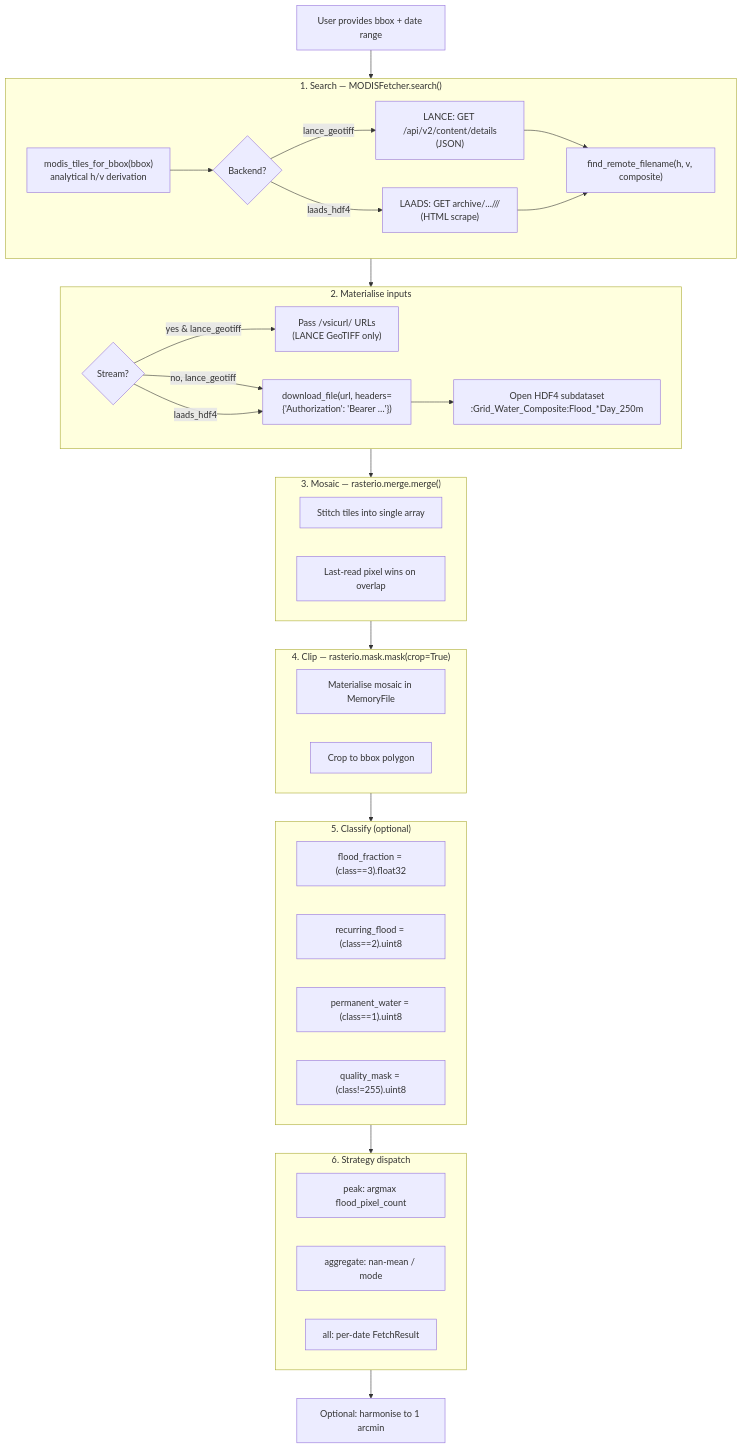
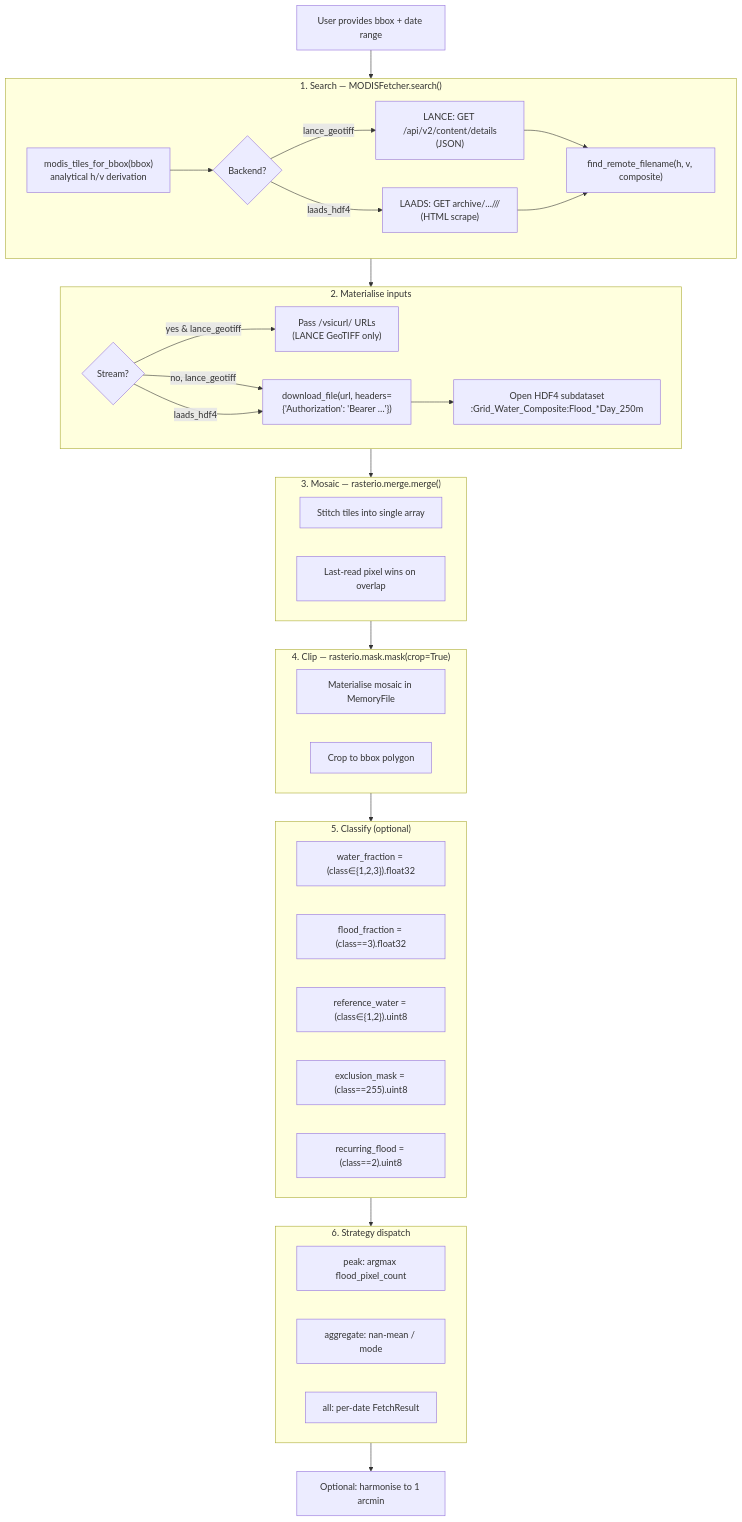
Before and after one commit to opageo/atlantis: the diagram in docs/modis/internals.md, drawn with Mermaid. The commit also changed other lines of this file and 20 other files, not shown here.

First line of the commit message:
docs: update all documentation for layer rename, water_fraction, and GFM bands

````diff
--- a/docs/modis/internals.md
+++ b/docs/modis/internals.md
@@ -49,48 +49,49 @@
 ```mermaid
 flowchart TD
     A["User provides bbox + date range"] --> B
     subgraph B["1. Search — MODISFetcher.search()"]
         B1["modis_tiles_for_bbox(bbox)<br/>analytical h/v derivation"]
         B2{"Backend?"}
         B3["LANCE: GET /api/v2/content/details<br/>(JSON)"]
         B4["LAADS: GET archive/.../<YYYY>/<DDD>/<br/>(HTML scrape)"]
         B5["find_remote_filename(h, v, composite)"]
         B1 --> B2
         B2 -->|lance_geotiff| B3 --> B5
         B2 -->|laads_hdf4| B4 --> B5
     end
     B --> C
     subgraph C["2. Materialise inputs"]
         C1{"Stream?"}
         C2["Pass /vsicurl/ URLs<br/>(LANCE GeoTIFF only)"]
         C3["download_file(url, headers={'Authorization': 'Bearer …'})"]
         C4["Open HDF4 subdataset<br/>:Grid_Water_Composite:Flood_*Day_250m"]
         C1 -->|yes & lance_geotiff| C2
         C1 -->|no, lance_geotiff| C3
         C1 -->|laads_hdf4| C3 --> C4
     end
     C --> D
     subgraph D["3. Mosaic — rasterio.merge.merge()"]
         D1["Stitch tiles into single array"]
         D2["Last-read pixel wins on overlap"]
     end
     D --> E
     subgraph E["4. Clip — rasterio.mask.mask(crop=True)"]
         E1["Materialise mosaic in MemoryFile"]
         E2["Crop to bbox polygon"]
     end
     E --> F
     subgraph F["5. Classify (optional)"]
-        F1["flood_fraction = (class==3).float32"]
-        F2["recurring_flood = (class==2).uint8"]
-        F3["permanent_water = (class==1).uint8"]
-        F4["quality_mask = (class!=255).uint8"]
+        F1["water_fraction = (class∈{1,2,3}).float32"]
+        F2["flood_fraction = (class==3).float32"]
+        F3["reference_water = (class∈{1,2}).uint8"]
+        F4["exclusion_mask = (class==255).uint8"]
+        F5["recurring_flood = (class==2).uint8"]
     end
     F --> G
     subgraph G["6. Strategy dispatch"]
         G1["peak: argmax flood_pixel_count"]
         G2["aggregate: nan-mean / mode"]
         G3["all: per-date FetchResult"]
     end
     G --> H["Optional: harmonise to 1 arcmin"]
 ```
````
